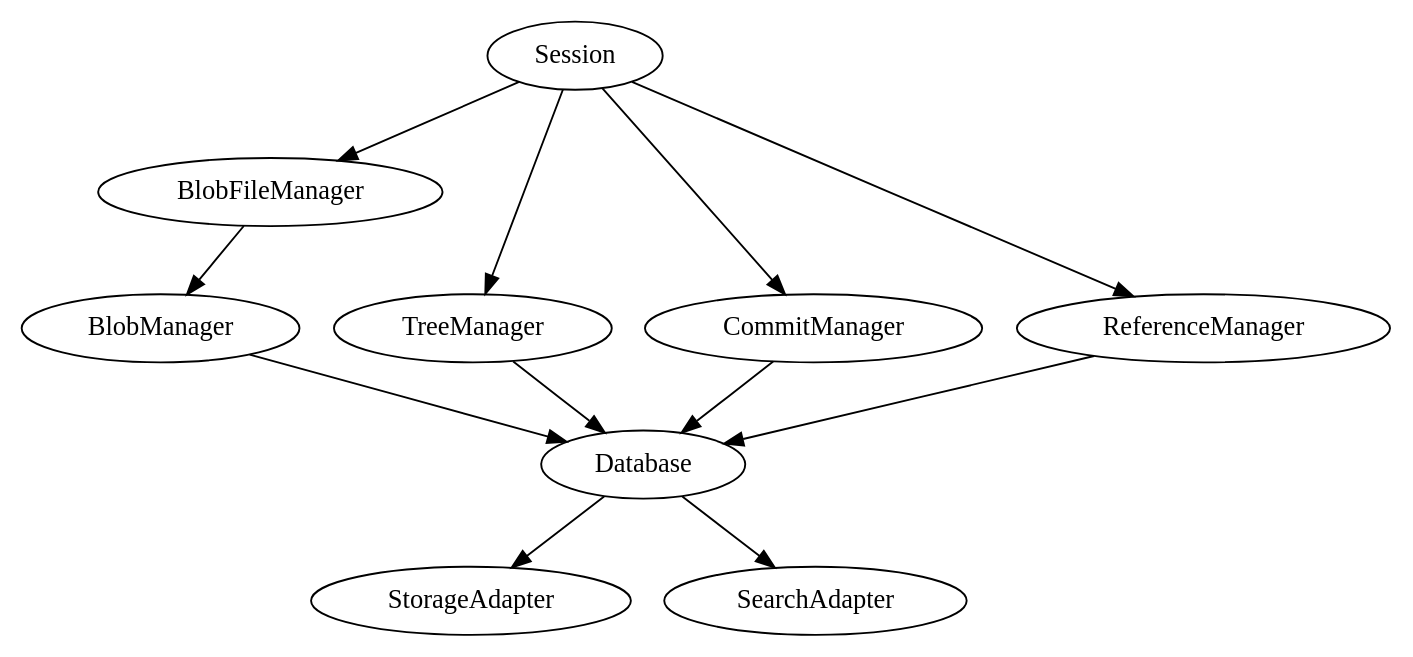
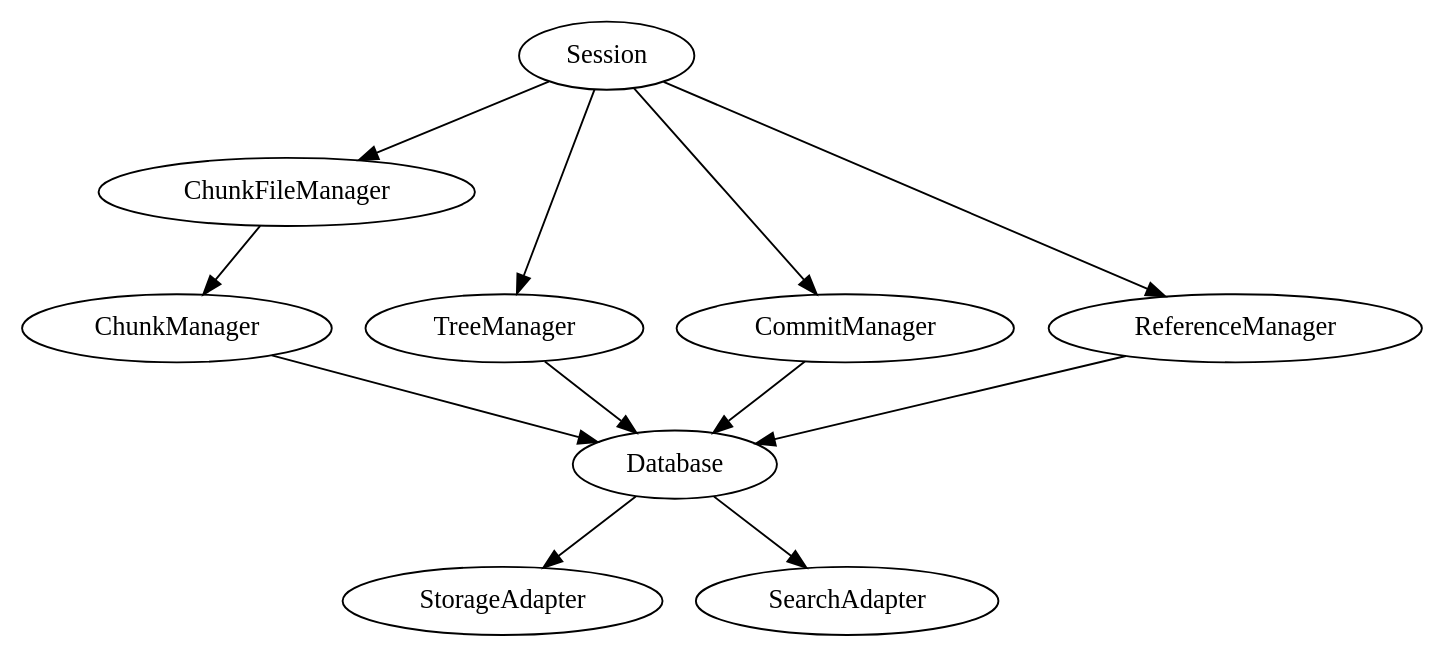
One commit to symcloud/thesis changed the diagram in diagrams/distributed-storage.dot. Above: the diagram before and after it, drawn with Graphviz. The commit also changed 12 other files, not shown here.

```diff
--- a/diagrams/distributed-storage.dot
+++ b/diagrams/distributed-storage.dot
@@ -1,19 +1,19 @@
 digraph {
-	Session -> BlobFileManager
+	Session -> ChunkFileManager
 	Session -> TreeManager
 	Session -> CommitManager
 	Session -> ReferenceManager
 
-	BlobFileManager -> BlobManager
+	ChunkFileManager -> ChunkManager
 
-	BlobManager -> Database
+	ChunkManager -> Database
 	TreeManager -> Database
 	CommitManager -> Database
 	ReferenceManager -> Database
 
 	Database -> StorageAdapter
 	Database -> SearchAdapter
 
  	{rank=same; StorageAdapter SearchAdapter}
- 	{rank=same; BlobManager TreeManager CommitManager ReferenceManager}
+ 	{rank=same; ChunkManager TreeManager CommitManager ReferenceManager}
 }
```
